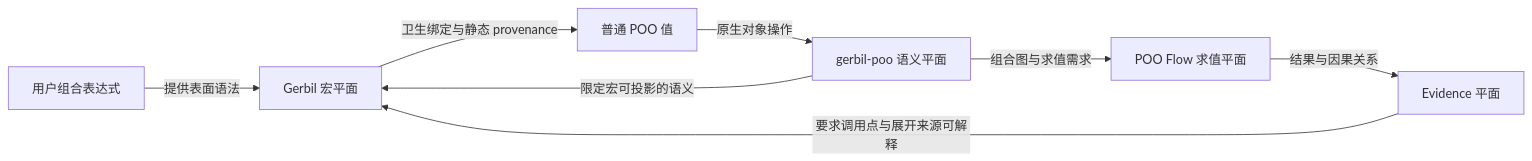
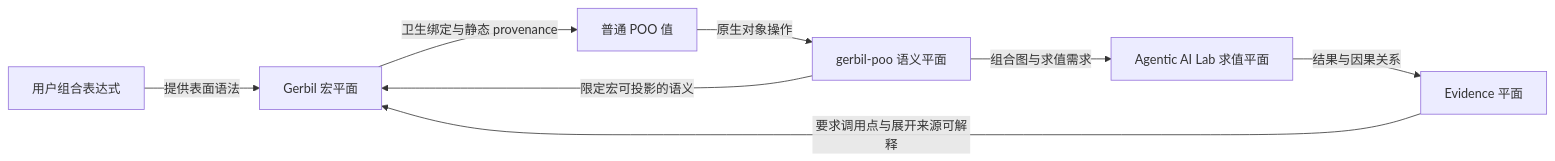
The first of 2 diagrams in module-system/design/45-40-10-poo-constrained-gerbil-macro-governance.org (tao3k/gebril-yuanxu), drawn with Mermaid before and after one commit. The commit also changed 507 other files, not shown here.

```diff
--- a/module-system/design/45-40-10-poo-constrained-gerbil-macro-governance.org
+++ b/module-system/design/45-40-10-poo-constrained-gerbil-macro-governance.org
@@ -37,10 +37,10 @@
 #+begin_src mermaid
 flowchart LR
     U["用户组合表达式"] -->|"提供表面语法"| M["Gerbil 宏平面"]
     M -->|"卫生绑定与静态 provenance"| P["普通 POO 值"]
     P -->|"原生对象操作"| S["gerbil-poo 语义平面"]
-    S -->|"组合图与求值需求"| F["POO Flow 求值平面"]
+    S -->|"组合图与求值需求"| F["Agentic AI Lab 求值平面"]
     F -->|"结果与因果关系"| E["Evidence 平面"]
     S -->|"限定宏可投影的语义"| M
     E -->|"要求调用点与展开来源可解释"| M
 #+end_src
```
